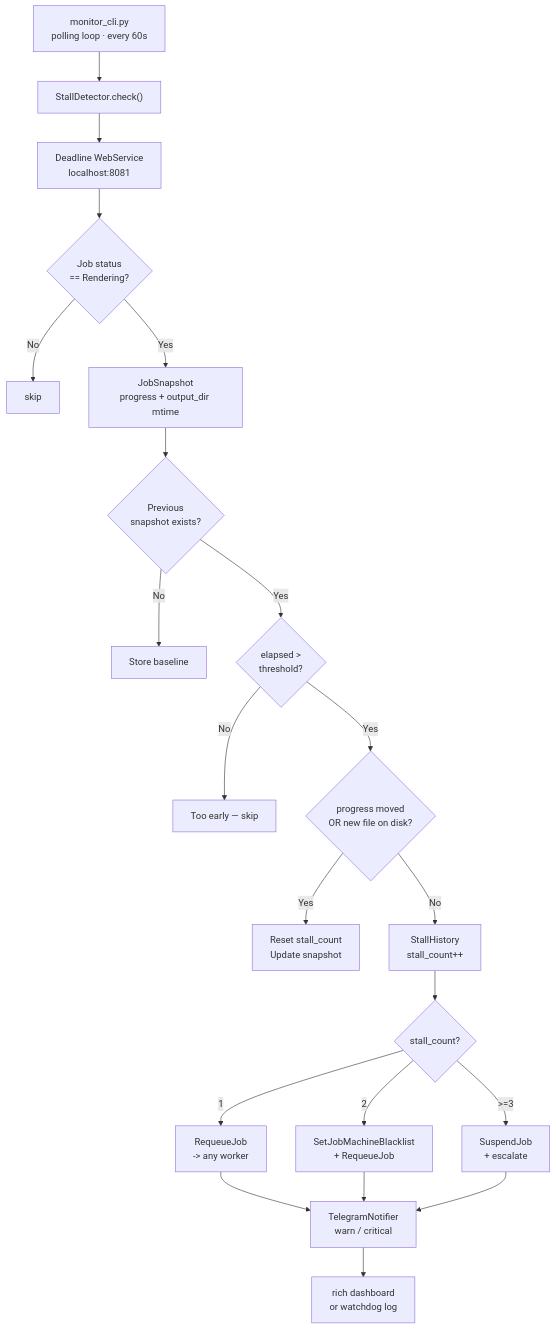
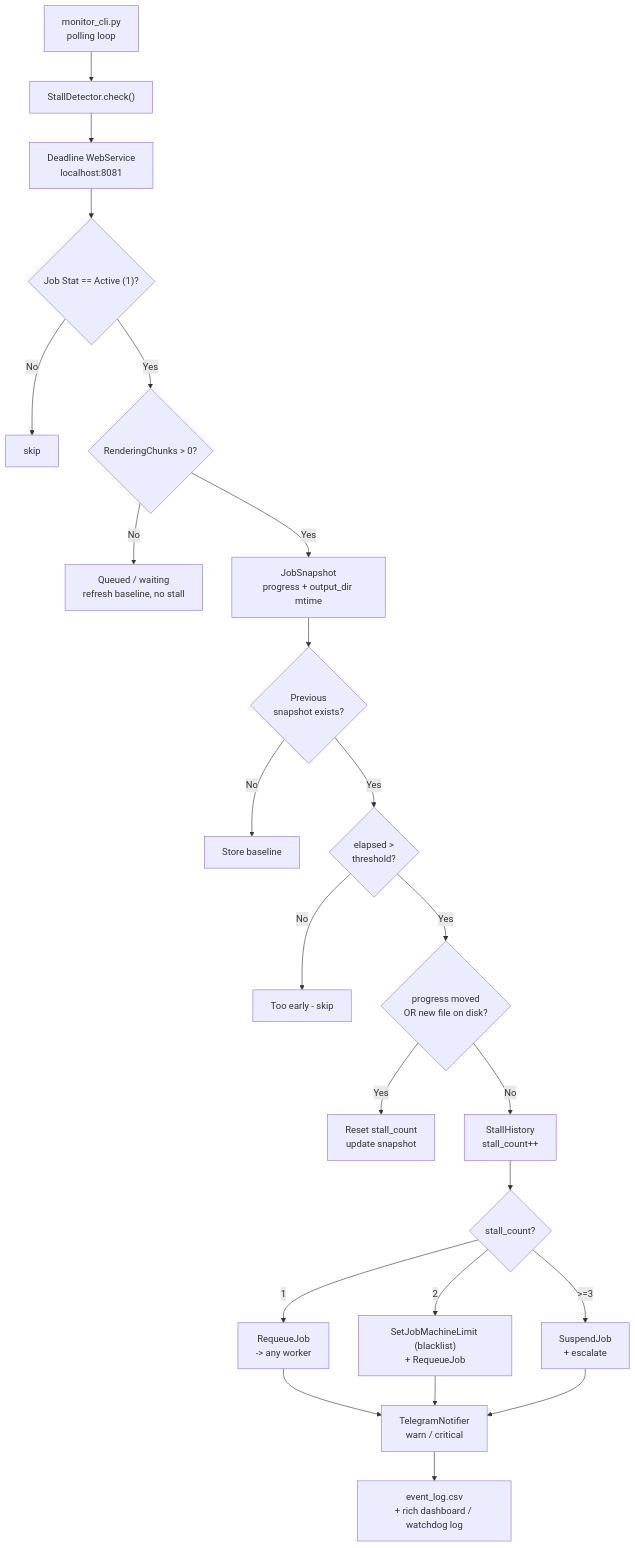
One commit to armasonix/deadline-stall-detector changed the diagram in README.md. Above: the diagram before and after it, drawn with Mermaid. The commit also changed other lines of this file and 16 other files, not shown here.

````diff
--- a/README.md
+++ b/README.md
@@ -23,21 +26,23 @@
 ```mermaid
 flowchart TD
-    A["monitor_cli.py\npolling loop · every 60s"] --> B["StallDetector.check()"]
+    A["monitor_cli.py\npolling loop"] --> B["StallDetector.check()"]
     B --> C["Deadline WebService\nlocalhost:8081"]
-    C --> D{Job status\n== Rendering?}
+    C --> D{"Job Stat == Active (1)?"}
     D -- No --> E[skip]
-    D -- Yes --> F["JobSnapshot\nprogress + output_dir mtime"]
-    F --> G{Previous\nsnapshot exists?}
+    D -- Yes --> R{"RenderingChunks > 0?"}
+    R -- No --> RQ["Queued / waiting\nrefresh baseline, no stall"]
+    R -- Yes --> F["JobSnapshot\nprogress + output_dir mtime"]
+    F --> G{"Previous\nsnapshot exists?"}
     G -- No --> H[Store baseline]
-    G -- Yes --> I{elapsed >\nthreshold?}
-    I -- No --> J[Too early — skip]
-    I -- Yes --> K{progress moved\nOR new file on disk?}
-    K -- Yes --> L["Reset stall_count\nUpdate snapshot"]
+    G -- Yes --> I{"elapsed >\nthreshold?"}
+    I -- No --> J[Too early - skip]
+    I -- Yes --> K{"progress moved\nOR new file on disk?"}
+    K -- Yes --> L["Reset stall_count\nupdate snapshot"]
     K -- No --> M["StallHistory\nstall_count++"]
     M --> N{stall_count?}
     N -- 1 --> O["RequeueJob\n-> any worker"]
-    N -- 2 --> P["SetJobMachineBlacklist\n+ RequeueJob"]
+    N -- 2 --> P["SetJobMachineLimit (blacklist)\n+ RequeueJob"]
     N -- ">=3" --> Q["SuspendJob\n+ escalate"]
-    O & P & Q --> R["TelegramNotifier\nwarn / critical"]
-    R --> S["rich dashboard\nor watchdog log"]
+    O & P & Q --> S["TelegramNotifier\nwarn / critical"]
+    S --> T["event_log.csv\n+ rich dashboard / watchdog log"]
 ```
````
